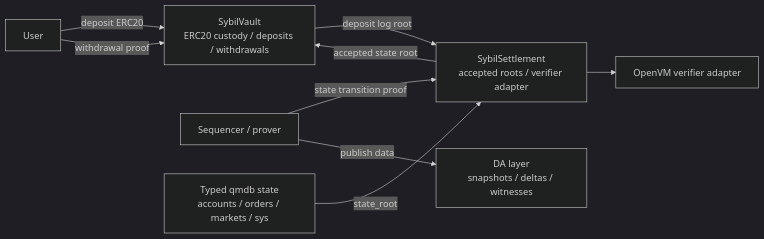
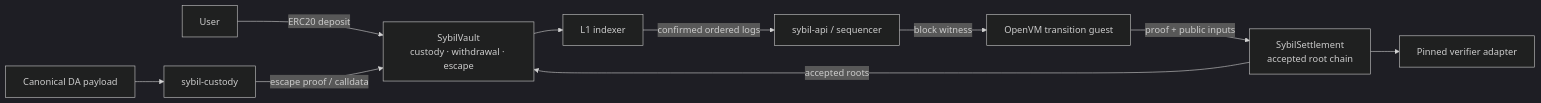
Before and after one commit to MetaB0y/sybil: the diagram in docs/architecture/04-verification/L1 Settlement and Vault.md, drawn with Mermaid (dark theme). The commit also changed other lines of this file and 30 other files, not shown here.

Commit message:
docs: streamline architecture and automate drift checks

````diff
--- a/docs/architecture/04-verification/L1 Settlement and Vault.md
+++ b/docs/architecture/04-verification/L1 Settlement and Vault.md
@@ -47,19 +21,12 @@
 ```mermaid
 flowchart LR
-    USER["User"]
-    VAULT["SybilVault<br/>ERC20 custody / deposits / withdrawals"]
-    SETTLEMENT["SybilSettlement<br/>accepted roots / verifier adapter"]
-    VERIFIER["OpenVM verifier adapter"]
-    SEQ["Sequencer / prover"]
-    STATE["Typed qmdb state<br/>accounts / orders / markets / sys"]
-    DA["DA layer<br/>snapshots / deltas / witnesses"]
-
-    USER -->|"deposit ERC20"| VAULT
-    VAULT -->|"deposit log root"| SETTLEMENT
-    SEQ -->|"state transition proof"| SETTLEMENT
-    SETTLEMENT --> VERIFIER
-    SETTLEMENT -->|"accepted state root"| VAULT
-    USER -->|"withdrawal proof"| VAULT
-    SEQ -->|"publish data"| DA
-    STATE -->|"state_root"| SETTLEMENT
+    USER["User"] -->|"ERC20 deposit"| VAULT["SybilVault<br/>custody · withdrawal · escape"]
+    INDEXER["L1 indexer"] -->|"confirmed ordered logs"| API["sybil-api / sequencer"]
+    VAULT --> INDEXER
+    API -->|"block witness"| GUEST["OpenVM transition guest"]
+    GUEST -->|"proof + public inputs"| SETTLE["SybilSettlement<br/>accepted root chain"]
+    SETTLE --> ADAPTER["Pinned verifier adapter"]
+    SETTLE -->|"accepted roots"| VAULT
+    CUSTODY["sybil-custody"] -->|"escape proof / calldata"| VAULT
+    DA["Canonical DA payload"] --> CUSTODY
 ```
````
